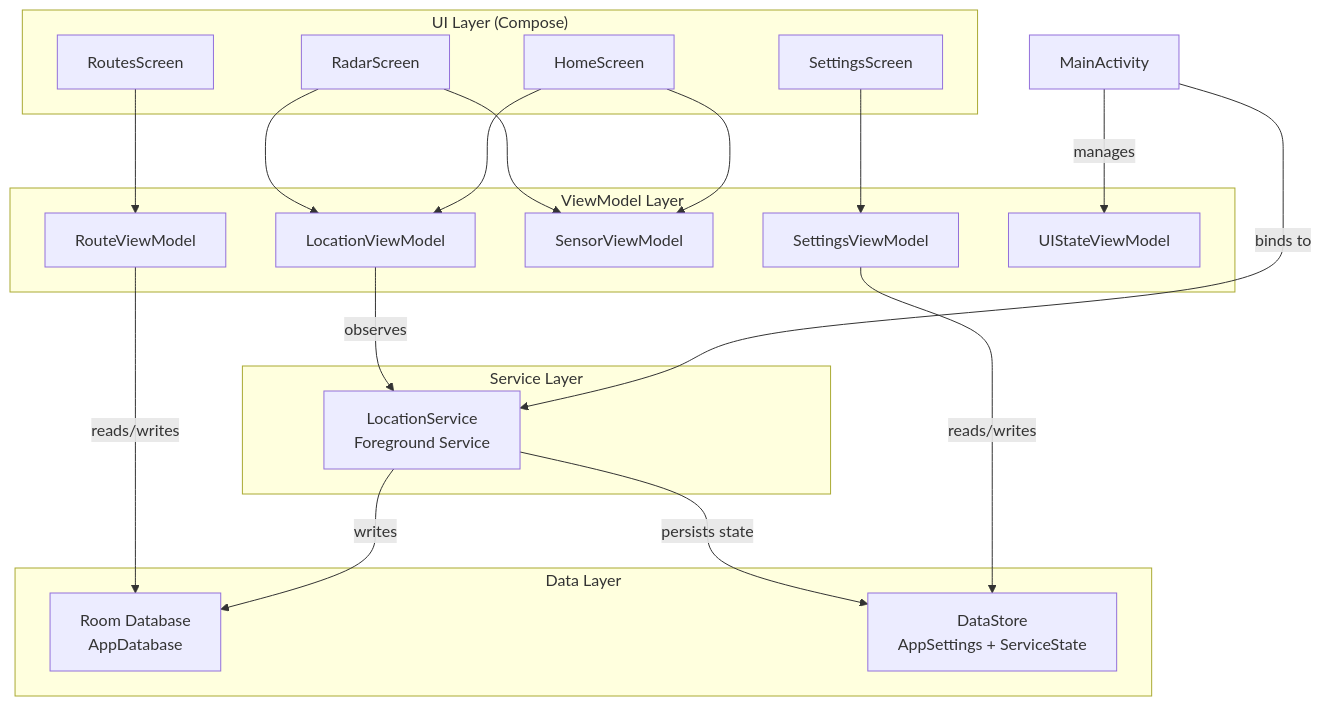
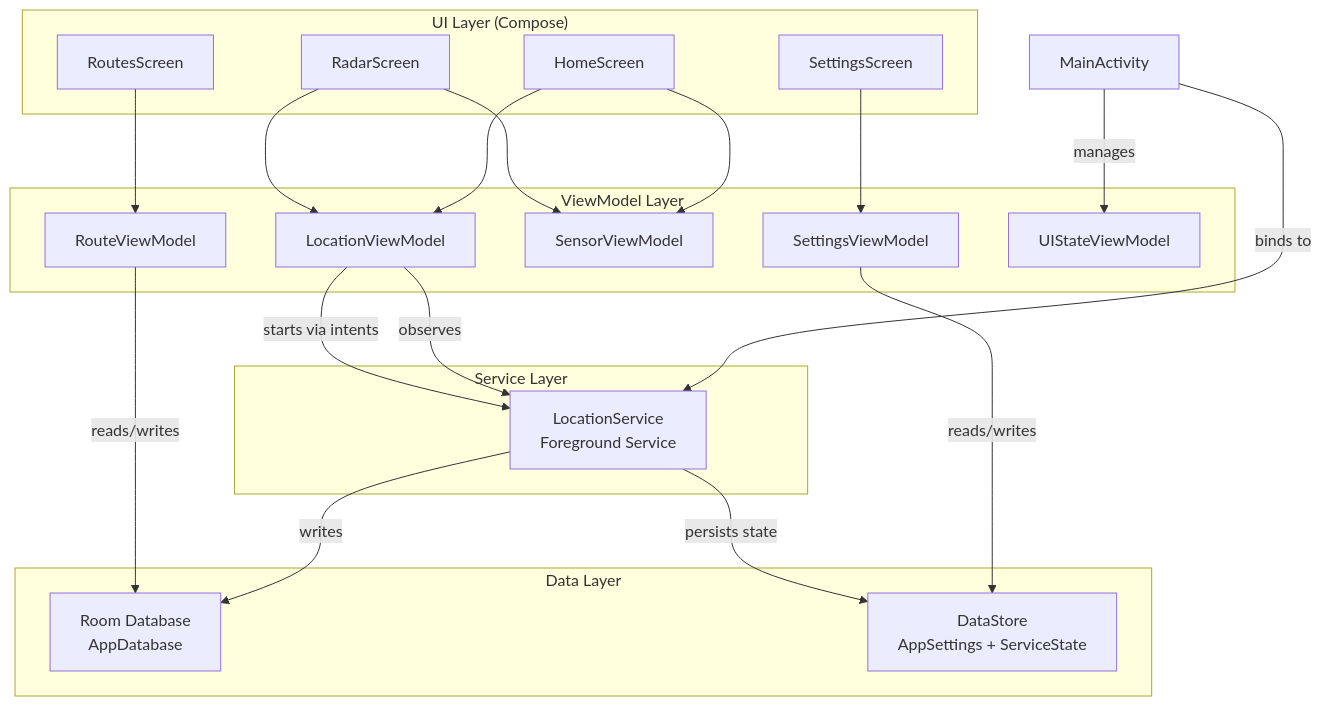
The first of 7 diagrams in docs/architecture/data-flow.md (ameraldo/Radar), drawn with Mermaid before and after one commit. The commit also changed other lines of this file and 19 other files, not shown here.

````diff
--- a/docs/architecture/data-flow.md
+++ b/docs/architecture/data-flow.md
@@ -7,41 +7,42 @@
 ```mermaid
 graph TB
     subgraph UI["UI Layer (Compose)"]
         HomeScreen[HomeScreen]
         RadarScreen[RadarScreen]
         RoutesScreen[RoutesScreen]
         SettingsScreen[SettingsScreen]
     end
 
     subgraph ViewModel["ViewModel Layer"]
         LocationVM[LocationViewModel]
         RouteVM[RouteViewModel]
         SensorVM[SensorViewModel]
         SettingsVM[SettingsViewModel]
         UIStateVM[UIStateViewModel]
     end
 
     subgraph Service["Service Layer"]
         LocService[LocationService<br/>Foreground Service]
     end
 
     subgraph Data["Data Layer"]
         Room[Room Database<br/>AppDatabase]
         DataStore[DataStore<br/>AppSettings + ServiceState]
     end
 
     MainActivity[MainActivity] -->|binds to| LocService
     MainActivity -->|manages| UIStateVM
     HomeScreen --> LocationVM
     HomeScreen --> SensorVM
     RadarScreen --> LocationVM
     RadarScreen --> SensorVM
     RoutesScreen --> RouteVM
     SettingsScreen --> SettingsVM
 
     LocationVM -->|observes| LocService
+    LocationVM -->|starts via intents| LocService
     LocService -->|writes| Room
     RouteVM -->|reads/writes| Room
     SettingsVM -->|reads/writes| DataStore
     LocService -->|persists state| DataStore
 ```
````
